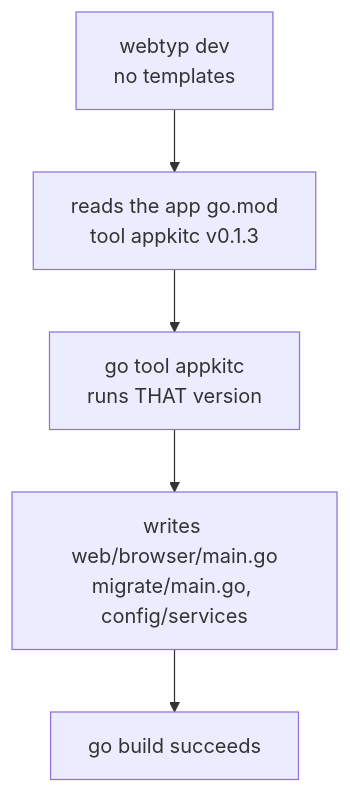
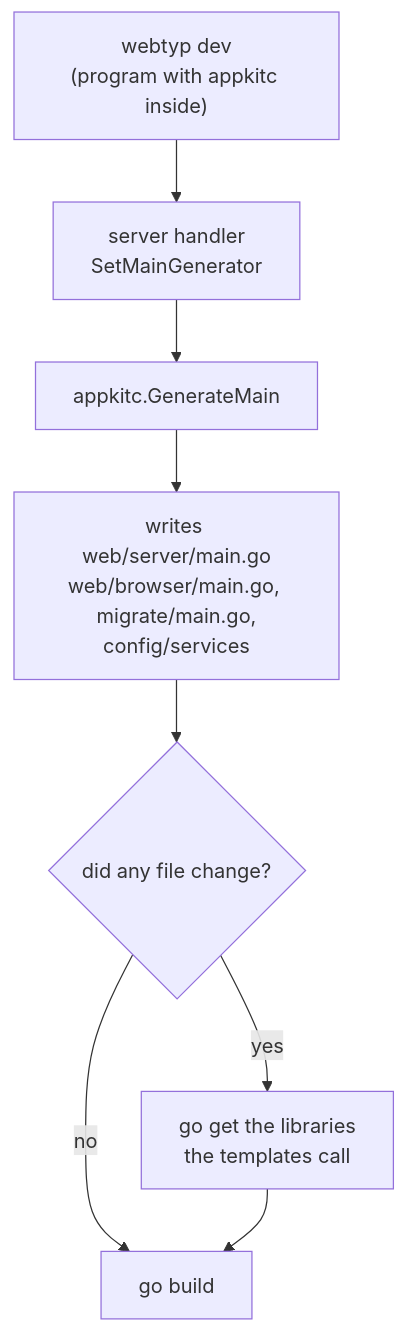
One commit to webtyp/appkitc changed the second of 3 diagrams in docs/diagrams/GENERATED_MAINS.md. Above: the diagram before and after it, drawn with Mermaid. The commit also changed other lines of this file and 10 other files, not shown here.

First line of the commit message:
fix: appkitc is a development tool inside the webtyp program; no CLI, no tool line in apps; keeps UpgradeGeneratedLibraries

````diff
--- a/docs/diagrams/GENERATED_MAINS.md
+++ b/docs/diagrams/GENERATED_MAINS.md
@@ -19,7 +19,10 @@
 ```mermaid
 flowchart TD
-  A["webtyp dev<br/>no templates"] --> B["reads the app go.mod<br/>tool appkitc v0.1.3"]
-  B --> C["go tool appkitc<br/>runs THAT version"]
-  C --> D["writes web/browser/main.go<br/>migrate/main.go, config/services"]
-  D --> E["go build succeeds"]
+  A["webtyp dev<br/>(program with appkitc inside)"] --> B["server handler<br/>SetMainGenerator"]
+  B --> C["appkitc.GenerateMain"]
+  C --> D["writes web/server/main.go<br/>web/browser/main.go, migrate/main.go,<br/>config/services"]
+  D --> E{"did any file change?"}
+  E -- "yes" --> F["go get the libraries<br/>the templates call"]
+  E -- "no" --> G["go build"]
+  F --> G
 ```
````
